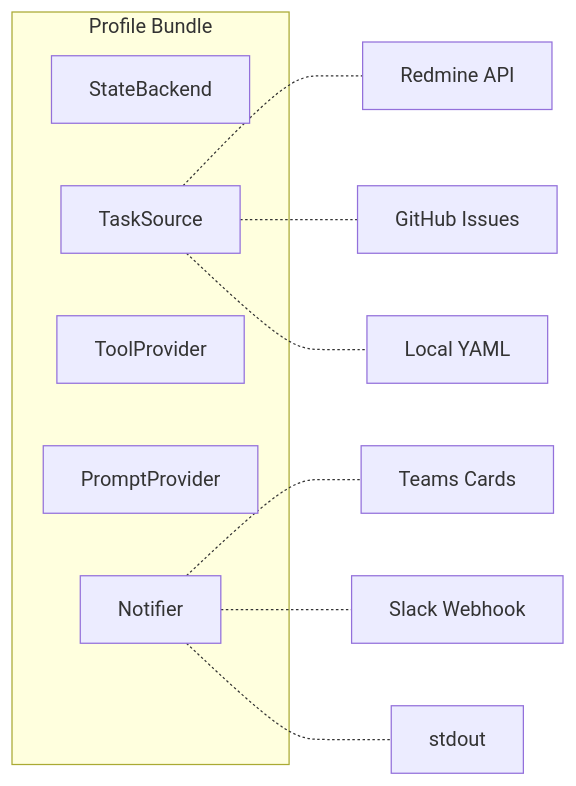
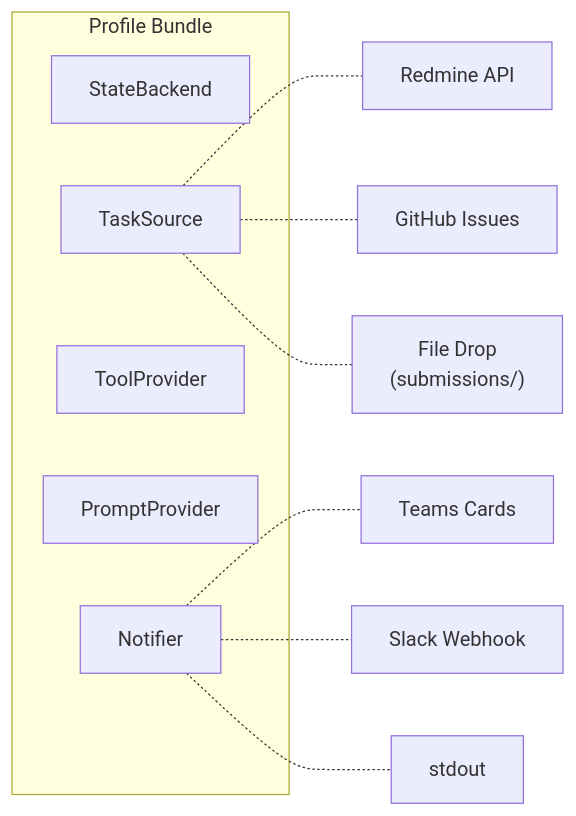
The fourth of 4 diagrams in README.md (itsmeboris/Golem), drawn with Mermaid before and after one commit. The commit also changed other lines of this file and 10 other files, not shown here.

````diff
--- a/README.md
+++ b/README.md
@@ -162,18 +184,18 @@
 ```mermaid
 flowchart LR
     subgraph profile ["Profile Bundle"]
         sb["StateBackend"]
         ts["TaskSource"]
         tp["ToolProvider"]
         pp["PromptProvider"]
         nf["Notifier"]
     end
 
     ts -.- redmine["Redmine API"]
     ts -.- github["GitHub Issues"]
-    ts -.- yaml["Local YAML"]
+    ts -.- filedrop["File Drop<br/>(submissions/)"]
 
     nf -.- teams["Teams Cards"]
     nf -.- slack["Slack Webhook"]
     nf -.- log["stdout"]
 ```
````
